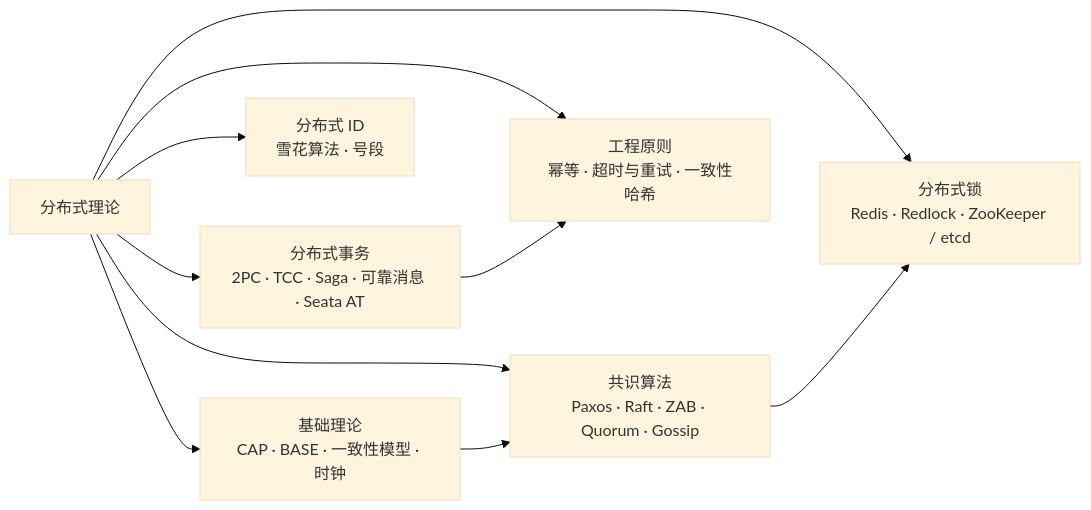
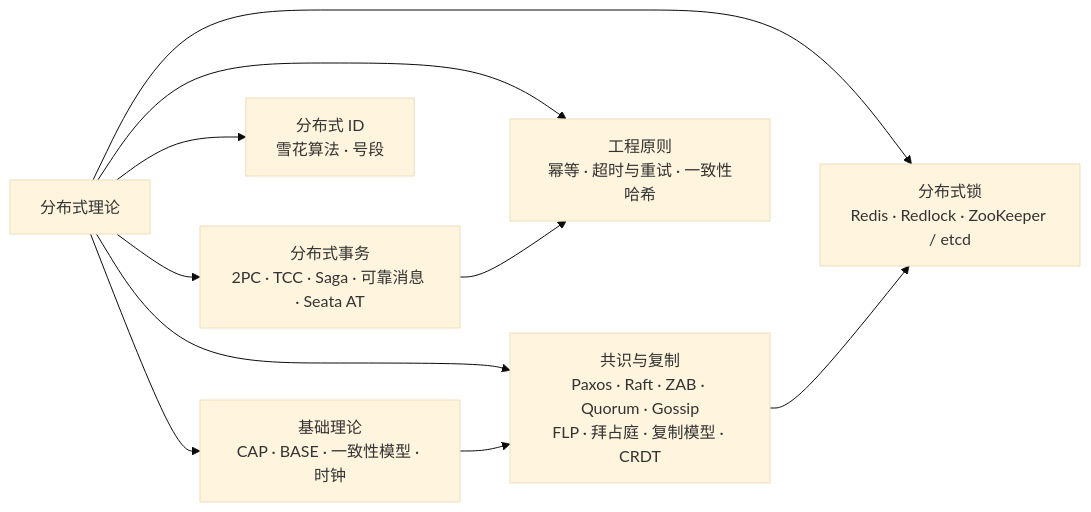
One commit to liulangjietou/interview changed the first of 16 diagrams in 03-分布式与微服务/09-分布式理论.md. Above: the diagram before and after it, drawn with Mermaid (base theme). The commit also changed other lines of this file and 5 other files, not shown here.

````diff
--- a/03-分布式与微服务/09-分布式理论.md
+++ b/03-分布式与微服务/09-分布式理论.md
@@ -10,12 +10,12 @@
 ```mermaid
 flowchart LR
     ROOT["分布式理论"] --> BASE["基础理论<br/>CAP · BASE · 一致性模型 · 时钟"]
-    ROOT --> CONS["共识算法<br/>Paxos · Raft · ZAB · Quorum · Gossip"]
+    ROOT --> CONS["共识与复制<br/>Paxos · Raft · ZAB · Quorum · Gossip<br/>FLP · 拜占庭 · 复制模型 · CRDT"]
     ROOT --> TX["分布式事务<br/>2PC · TCC · Saga · 可靠消息 · Seata AT"]
     ROOT --> LOCK["分布式锁<br/>Redis · Redlock · ZooKeeper / etcd"]
     ROOT --> ID["分布式 ID<br/>雪花算法 · 号段"]
     ROOT --> ENG["工程原则<br/>幂等 · 超时与重试 · 一致性哈希"]
     BASE --> CONS
     CONS --> LOCK
     TX --> ENG
 ```
````
